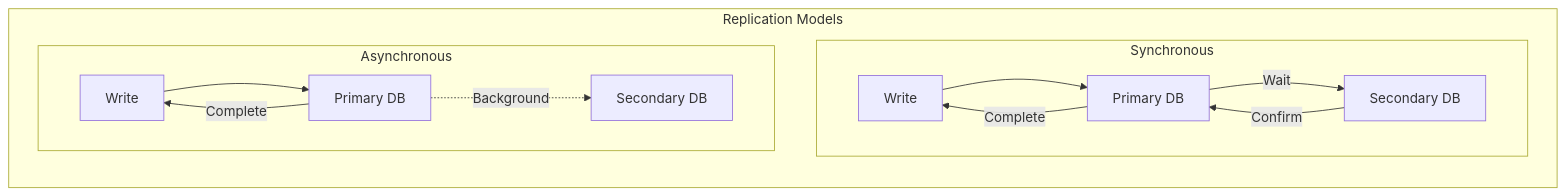
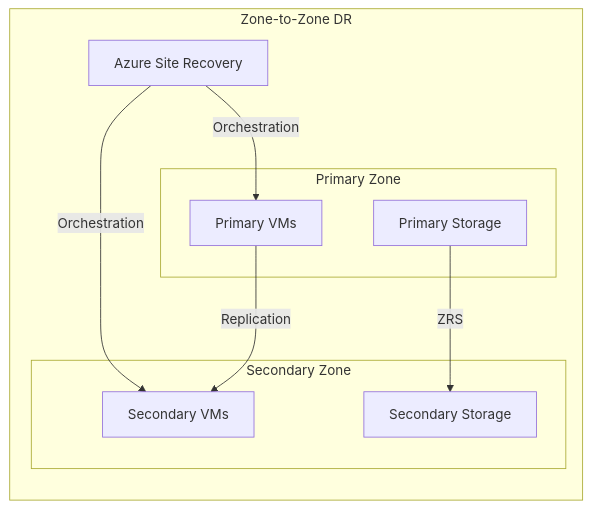
The fifth of 7 diagrams in src/High_Availability_Design.md (saravanakumarrc/Architecture_Journey), drawn with Mermaid before and after one commit. The commit also changed other lines of this file and 3 other files, not shown here.

Commit message:
Enhance documentation for High Availability Design and System Design Principles, adding detailed Azure implementation patterns, examples, and mermaid diagrams for clarity and better understanding.

````diff
--- a/src/High_Availability_Design.md
+++ b/src/High_Availability_Design.md
@@ -314,19 +464,23 @@
 ```mermaid
-flowchart TB
-    subgraph "Replication Models"
+graph TB
+    subgraph "Zone-to-Zone DR"
         direction TB
         
-        subgraph "Synchronous"
-            S1[Write] --> S2[Primary DB]
-            S2 -->|Wait| S3[Secondary DB]
-            S3 -->|Confirm| S2
-            S2 -->|Complete| S1
+        subgraph "Primary Zone"
+            PVM[Primary VMs]
+            PST[Primary Storage]
         end
         
-        subgraph "Asynchronous"
-            A1[Write] --> A2[Primary DB]
-            A2 -->|Complete| A1
-            A2 -.->|Background| A3[Secondary DB]
+        subgraph "Secondary Zone"
+            SVM[Secondary VMs]
+            SST[Secondary Storage]
         end
+        
+        PVM -->|Replication| SVM
+        PST -->|ZRS| SST
+        
+        ASR[Azure Site Recovery]
+        ASR -->|Orchestration| PVM
+        ASR -->|Orchestration| SVM
     end
 ```
````
